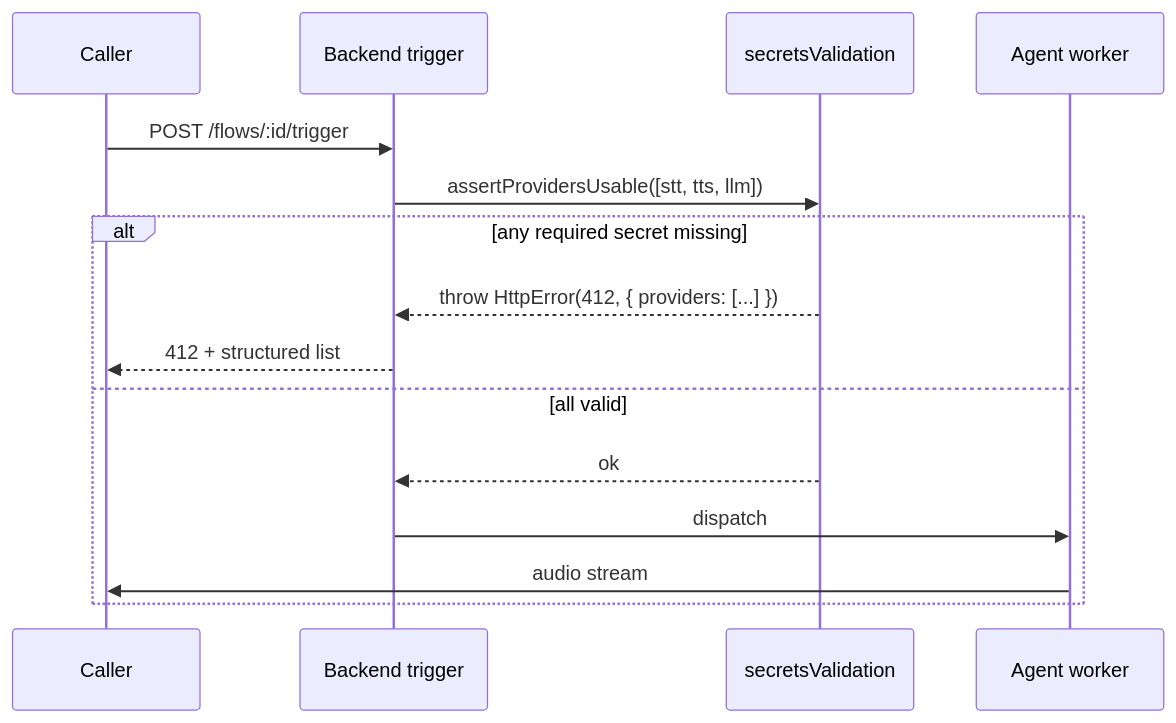
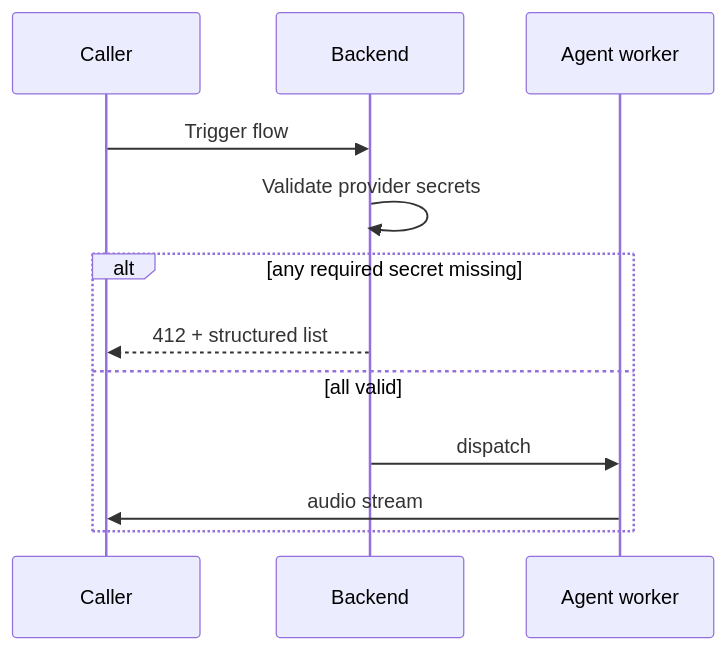
One commit to Aico-Systems/docs changed the third of 3 diagrams in platform/providers.mdx. Above: the diagram before and after it, drawn with Mermaid. The commit also changed other lines of this file and 9 other files, not shown here.

````diff
--- a/platform/providers.mdx
+++ b/platform/providers.mdx
@@ -171,18 +124,15 @@
 ```mermaid
 sequenceDiagram
     participant C as Caller
-    participant BE as Backend trigger
-    participant V as secretsValidation
+    participant BE as Backend
     participant AW as Agent worker
 
-    C->>BE: POST /flows/:id/trigger
-    BE->>V: assertProvidersUsable([stt, tts, llm])
+    C->>BE: Trigger flow
+    BE->>BE: Validate provider secrets
     alt any required secret missing
-        V-->>BE: throw HttpError(412, { providers: [...] })
         BE-->>C: 412 + structured list
     else all valid
-        V-->>BE: ok
         BE->>AW: dispatch
         AW->>C: audio stream
     end
 ```
````
